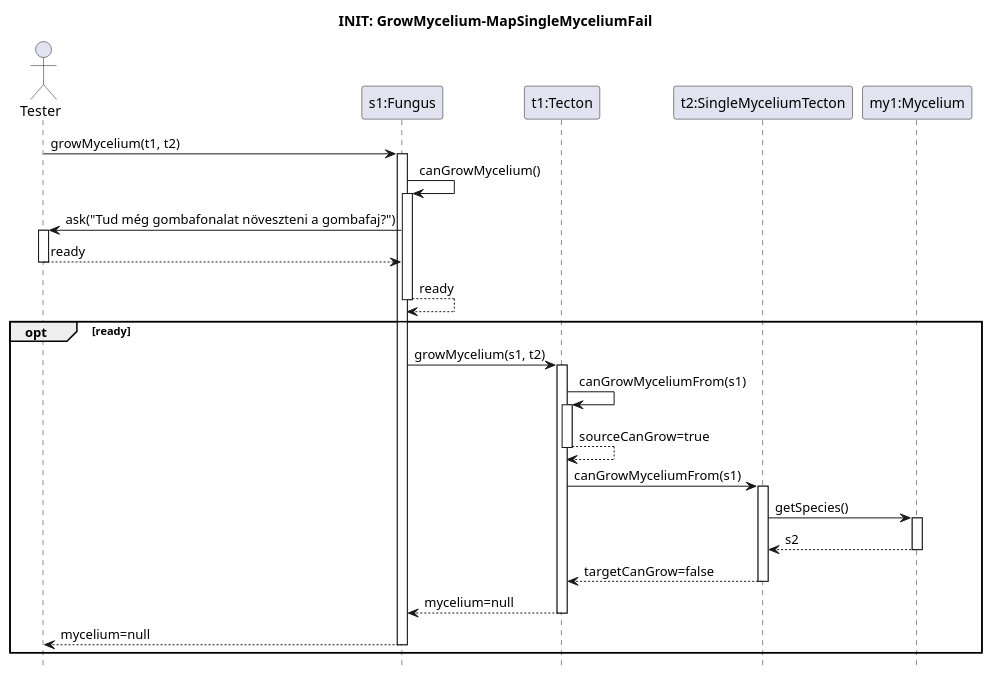
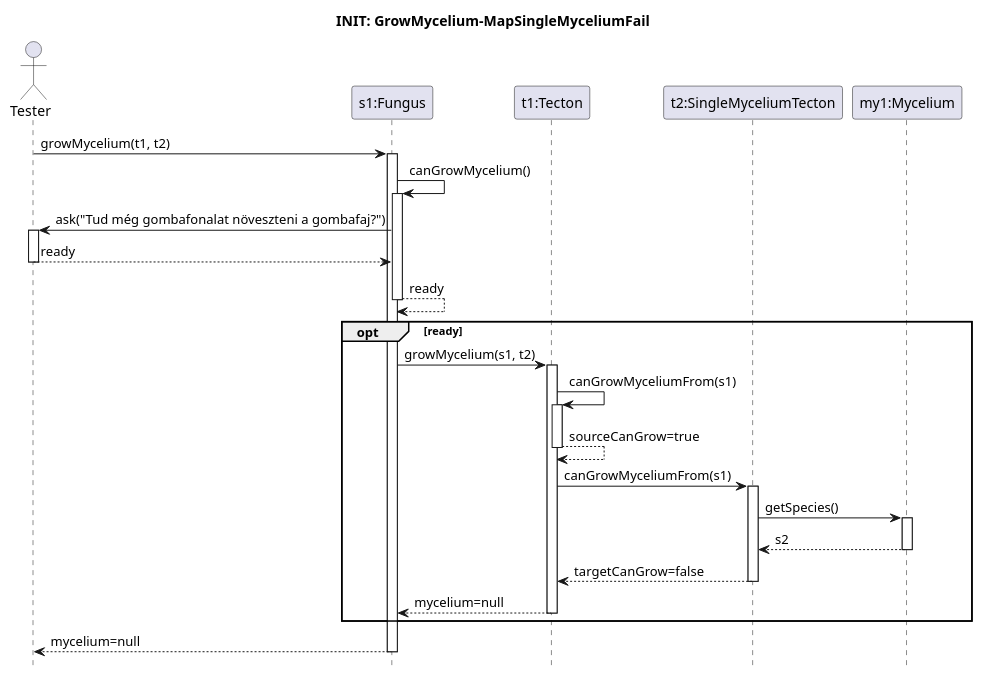
The diagram in Skeleton/Grow-mycelium/singlemycelium-fail.puml (ZD4ve/projlab-error521), drawn with PlantUML before and after one commit. The commit also changed 1 other file, not shown here.

```diff
--- a/Skeleton/Grow-mycelium/singlemycelium-fail.puml
+++ b/Skeleton/Grow-mycelium/singlemycelium-fail.puml
@@ -1,44 +1,44 @@
 @startuml grow-mycelium-success
 hide footbox
 
 title INIT: GrowMycelium-MapSingleMyceliumFail
 
 actor Tester
 participant "s1:Fungus" as species
 participant "t1:Tecton" as source
 participant "t2:SingleMyceliumTecton" as target
 participant "my1:Mycelium" as my1
 
 Tester -> species : growMycelium(t1, t2)
 activate species
 
 species -> species : canGrowMycelium()
 activate species
 
 Tester <- species : ask("Tud még gombafonalat növeszteni a gombafaj?")
 activate Tester
 return ready
 
 return ready
 
 opt ready
 
     species -> source : growMycelium(s1, t2)
     activate source
         source -> source : canGrowMyceliumFrom(s1)
         activate source
         return sourceCanGrow=true
 
         source -> target : canGrowMyceliumFrom(s1)
         activate target
         target -> my1 : getSpecies()
         activate my1
         return s2
         return targetCanGrow=false
 
         return mycelium=null
-
-    return mycelium=null
 end
 
+return mycelium=null
+
 @enduml
```
